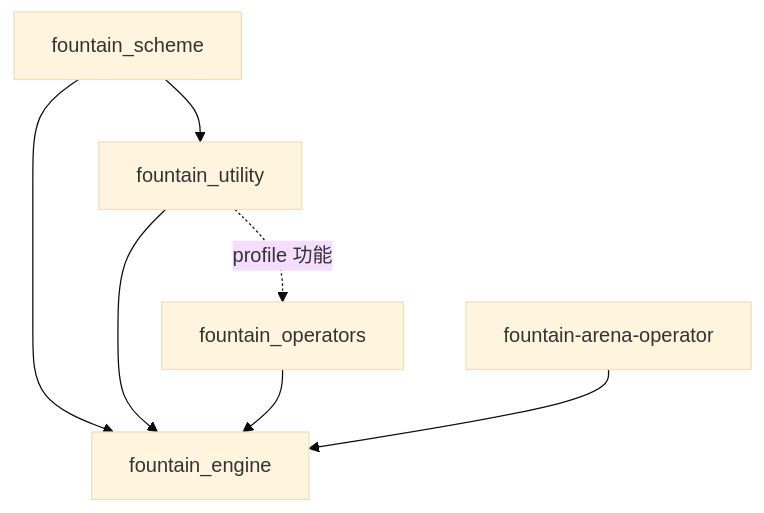
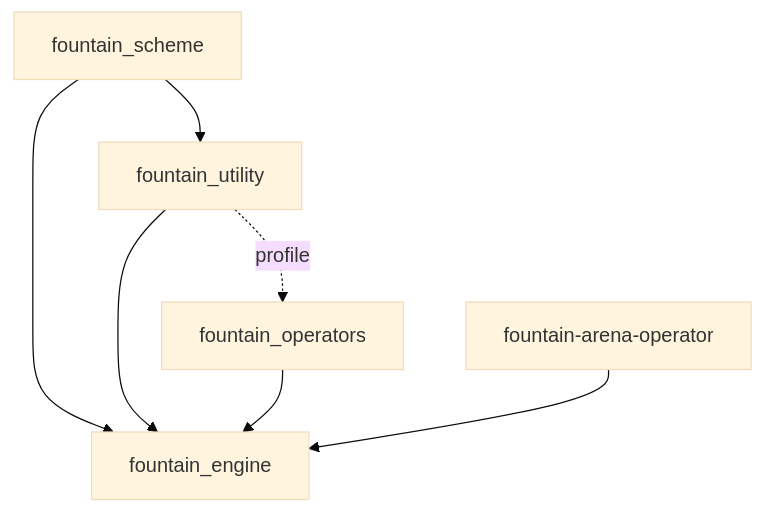
One commit to Gideon-0709/fountain_eval changed the first of 2 diagrams in DESIGN.md. Above: the diagram before and after it, drawn with Mermaid (base theme). The commit also changed other lines of this file and 21 other files, not shown here.

````diff
--- a/DESIGN.md
+++ b/DESIGN.md
@@ -44,9 +46,9 @@
 ```mermaid
 flowchart TD
     S["fountain_scheme"] --> E["fountain_engine"]
     S --> U["fountain_utility"]
     U --> E
     O["fountain_operators"] --> E
-    U -. "profile 功能" .-> O
+    U -. "profile" .-> O
     A["fountain-arena-operator"] --> E
 ```
````
